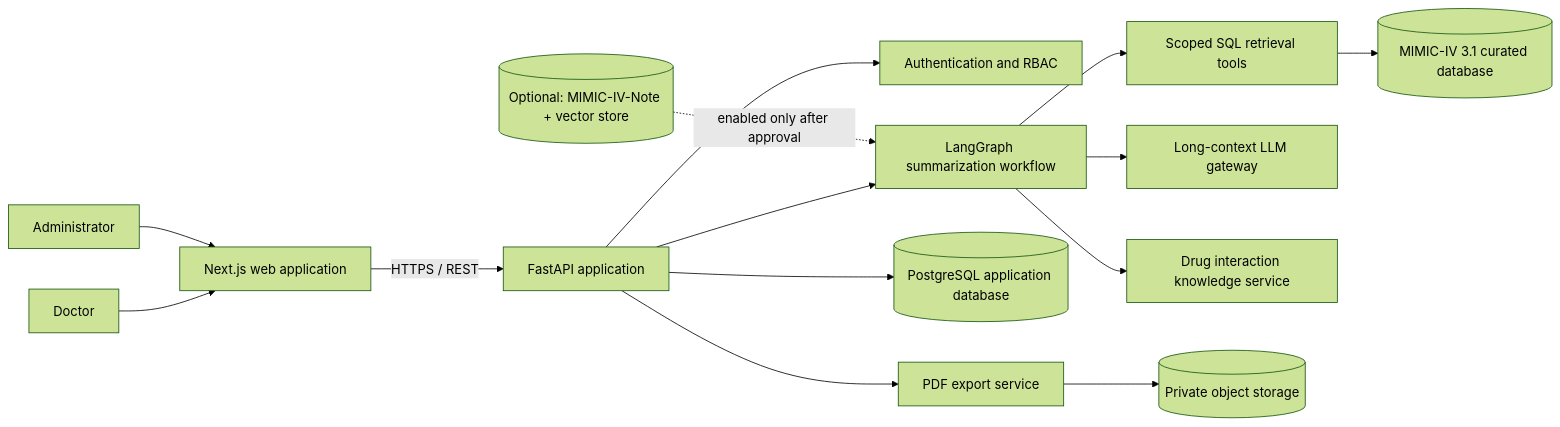
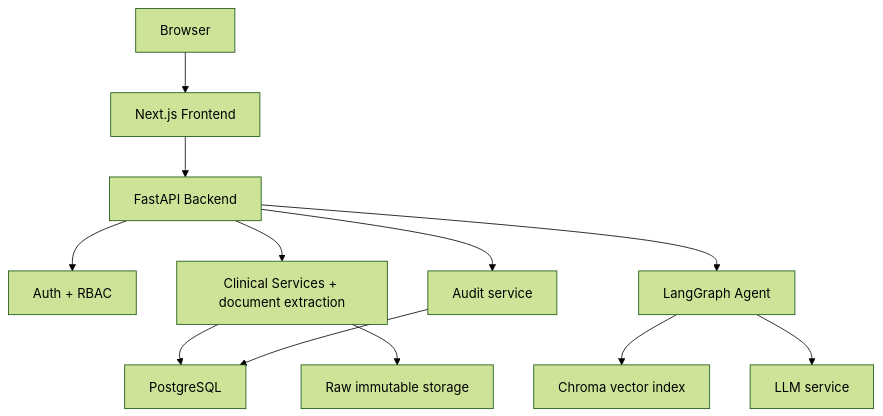
One commit to Duyhoan99/P-194 changed the second of 10 diagrams in ARCHITECTURE.md. Above: the diagram before and after it, drawn with Mermaid (forest theme). The commit also changed other lines of this file and 3 other files, not shown here.

````diff
--- a/ARCHITECTURE.md
+++ b/ARCHITECTURE.md
@@ -28,19 +131,14 @@
 ```mermaid
-flowchart LR
-    Doctor[Doctor] --> Web[Next.js web application]
-    Admin[Administrator] --> Web
-    Web -->|HTTPS / REST| API[FastAPI application]
-
-    API --> Auth[Authentication and RBAC]
-    API --> Agent[LangGraph summarization workflow]
-    API --> AppDB[(PostgreSQL application database)]
-    API --> PDF[PDF export service]
-
-    Agent --> Retrieval[Scoped SQL retrieval tools]
-    Retrieval --> ClinicalDB[(MIMIC-IV 3.1 curated database)]
-    Agent --> LLM[Long-context LLM gateway]
-    Agent --> DrugTool[Drug interaction knowledge service]
-    PDF --> ObjectStore[(Private object storage)]
-
-    NoteStore[(Optional: MIMIC-IV-Note + vector store)] -. enabled only after approval .-> Agent
+flowchart TD
+    U["Browser"] --> FE["Next.js Frontend"]
+    FE --> API["FastAPI Backend"]
+    API --> AUTH["Auth + RBAC"]
+    API --> CORE["Clinical Services + document extraction"]
+    API --> AG["LangGraph Agent"]
+    CORE --> PG["PostgreSQL"]
+    CORE --> RAW["Raw immutable storage"]
+    AG --> VEC["Chroma vector index"]
+    AG --> LLM["LLM service"]
+    API --> AUD["Audit service"]
+    AUD --> PG
 ```
````
